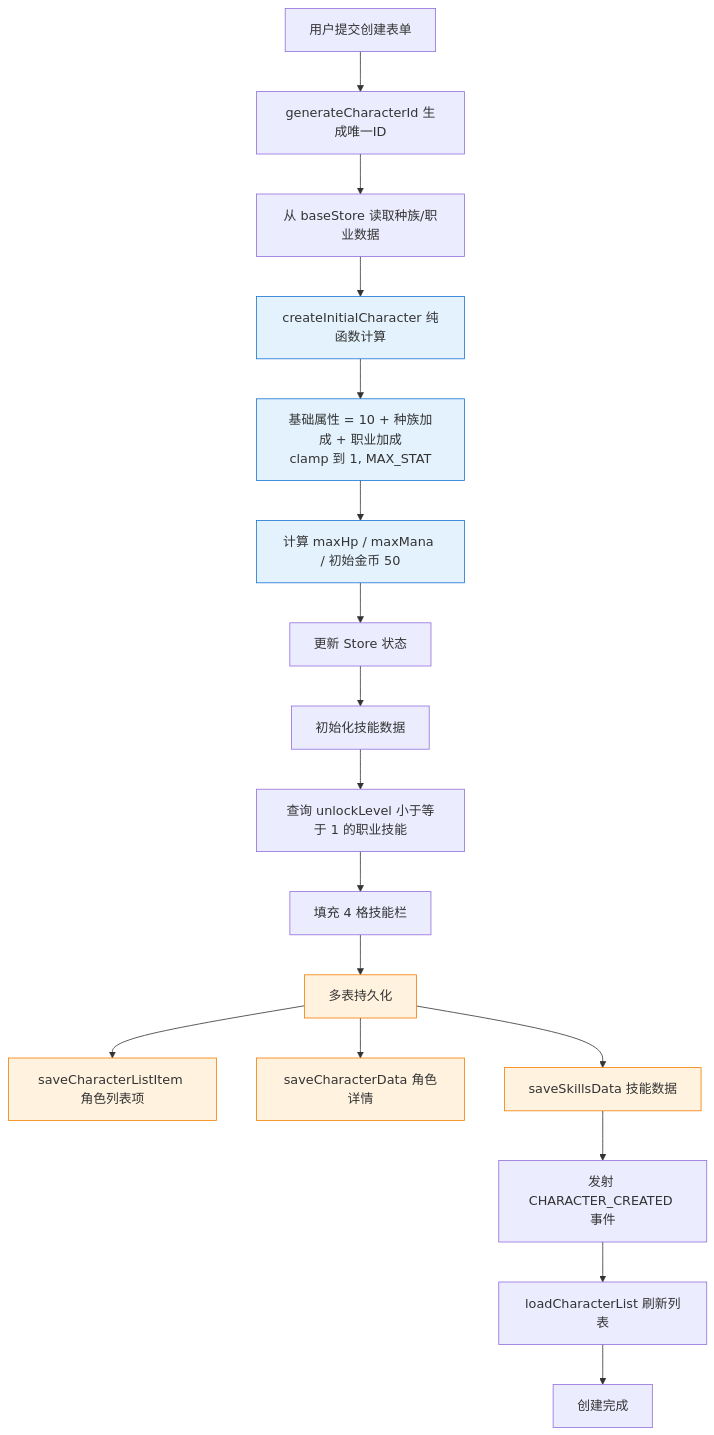
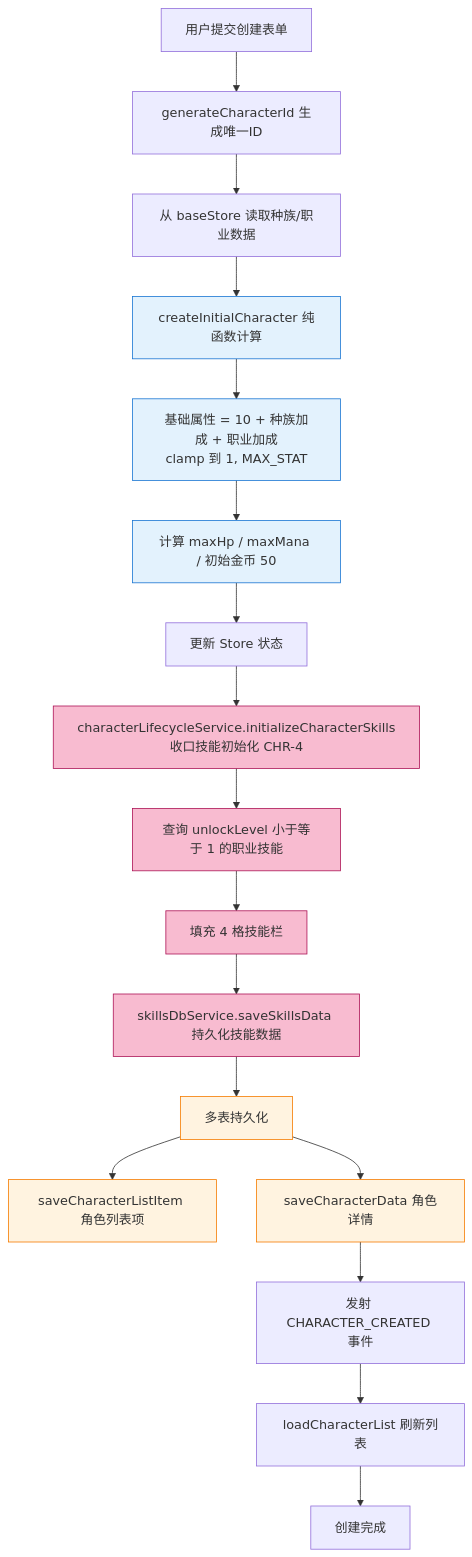
One commit to SonDemigods/wow_dnd changed the first of 17 diagrams in doc/project/BUSINESS_PROCESSES.md. Above: the diagram before and after it, drawn with Mermaid. The commit also changed other lines of this file and 4 other files, not shown here.

````diff
--- a/doc/project/BUSINESS_PROCESSES.md
+++ b/doc/project/BUSINESS_PROCESSES.md
@@ -29,24 +30,26 @@
 ```mermaid
 flowchart TD
     A[用户提交创建表单] --> B[generateCharacterId 生成唯一ID]
     B --> C[从 baseStore 读取种族/职业数据]
     C --> D[createInitialCharacter 纯函数计算]
     D --> D1[基础属性 = 10 + 种族加成 + 职业加成<br/>clamp 到 1, MAX_STAT]
     D1 --> D2[计算 maxHp / maxMana / 初始金币 50]
     D2 --> E[更新 Store 状态]
-    E --> F[初始化技能数据]
+    E --> F[characterLifecycleService.initializeCharacterSkills<br/>收口技能初始化 CHR-4]
     F --> F1[查询 unlockLevel 小于等于 1 的职业技能]
     F1 --> F2[填充 4 格技能栏]
-    F2 --> G[多表持久化]
+    F2 --> F3[skillsDbService.saveSkillsData 持久化技能数据]
+    F3 --> G[多表持久化]
     G --> G1[saveCharacterListItem 角色列表项]
     G --> G1a[saveCharacterData 角色详情]
-    G --> G1b[saveSkillsData 技能数据]
-    G1b --> H[发射 CHARACTER_CREATED 事件]
+    G1a --> H[发射 CHARACTER_CREATED 事件]
     H --> I[loadCharacterList 刷新列表]
     I --> J[创建完成]
 
     classDef pure fill:#e3f2fd,stroke:#1976d2
     classDef persist fill:#fff3e0,stroke:#f57c00
+    classDef svc fill:#f8bbd0,stroke:#ad1457
     class D,D1,D2 pure
-    class G,G1,G1a,G1b persist
+    class F,F1,F2,F3 svc
+    class G,G1,G1a persist
 ```
````
